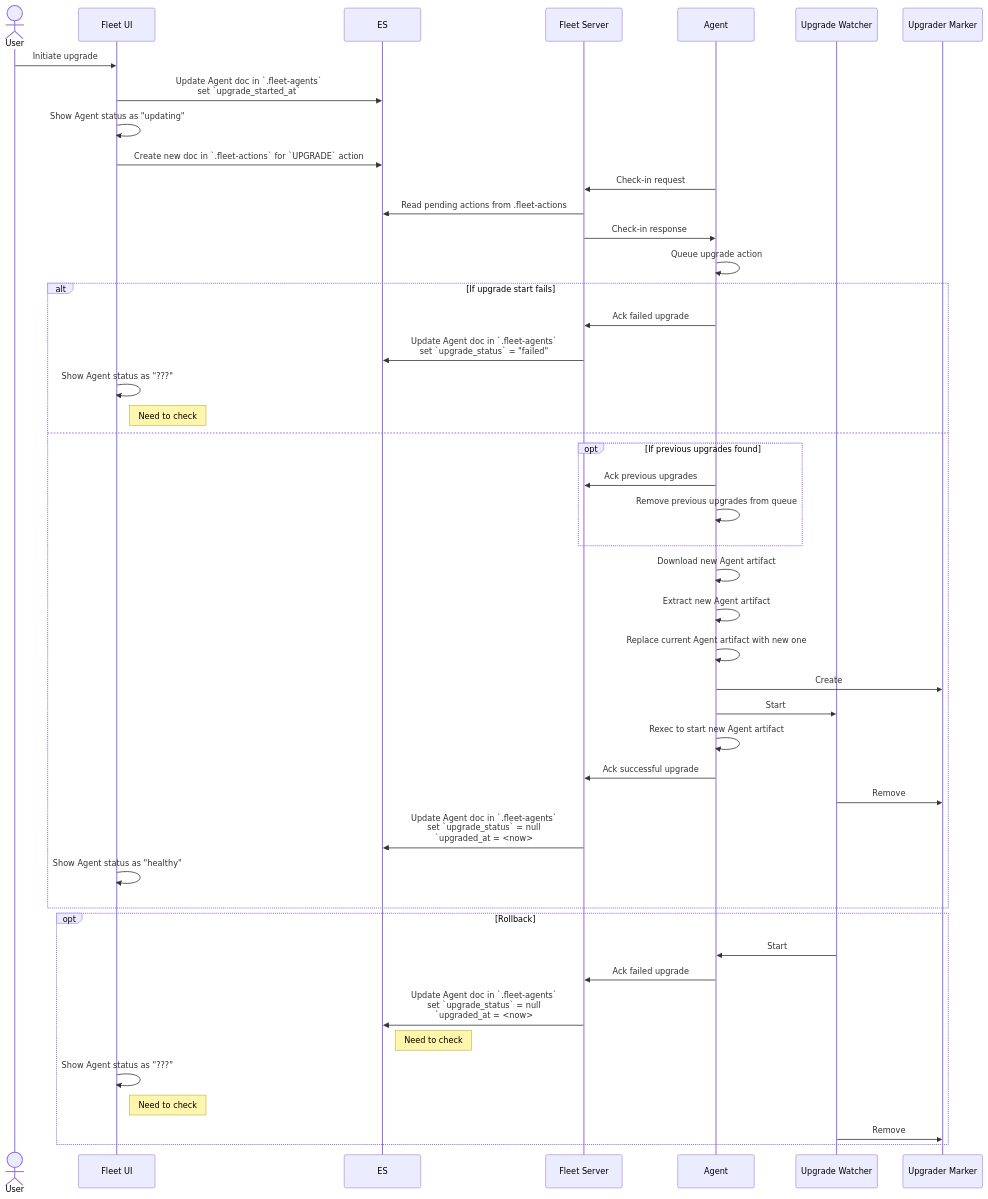
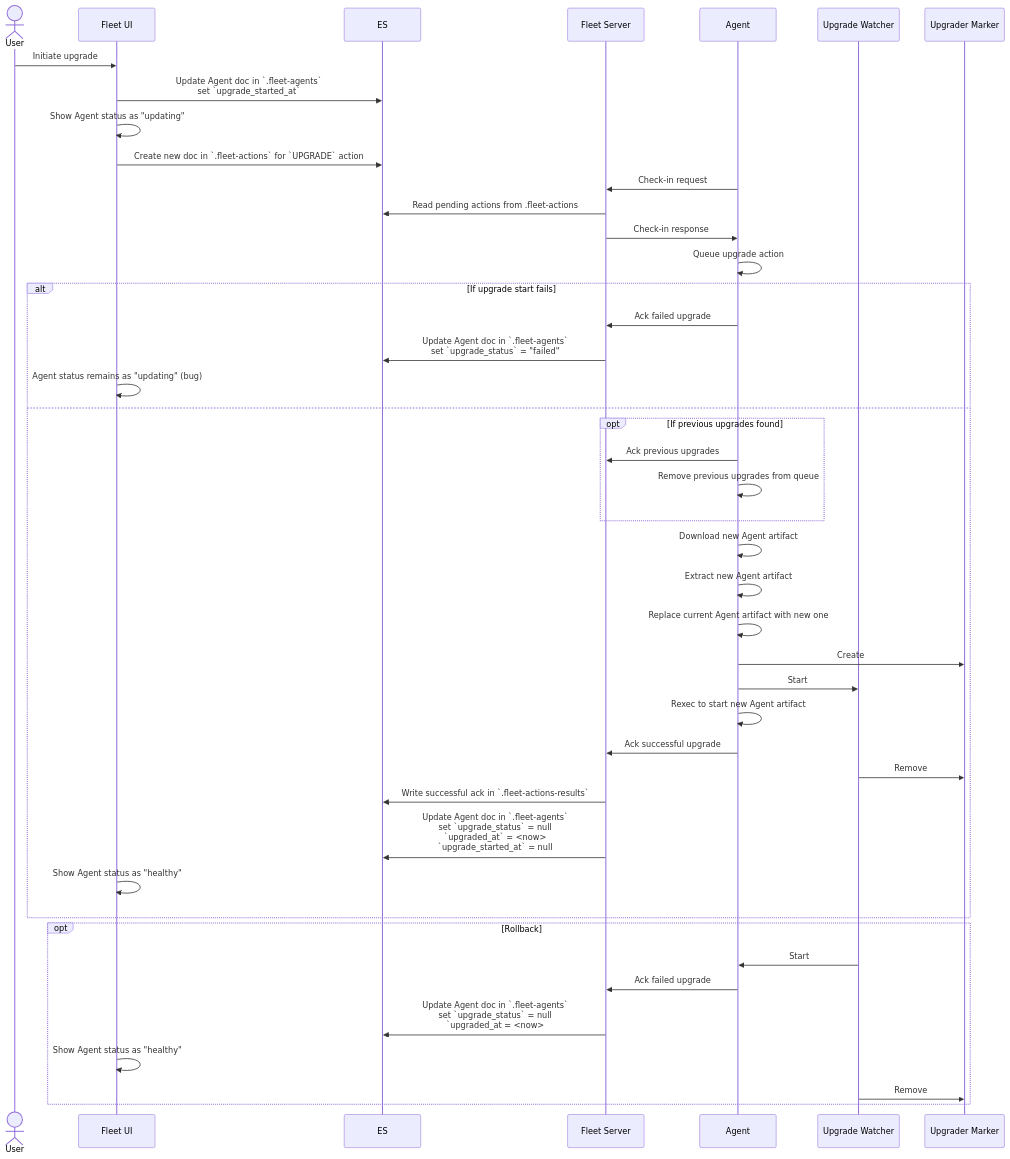
The diagram in docs/upgrades.md (elastic/elastic-agent), drawn with Mermaid before and after one commit.

Commit message:
Resolve TODOs

````diff
--- a/docs/upgrades.md
+++ b/docs/upgrades.md
@@ -10,49 +10,47 @@
 ```mermaid
 sequenceDiagram
     actor U as User
     participant UI as Fleet UI
     participant ES
     participant FS as Fleet Server
     participant A as Agent
     participant UW as Upgrade Watcher
     participant UM as Upgrader Marker
 
     U->>UI: Initiate upgrade
     UI->>ES: Update Agent doc in `.fleet-agents`<br />set `upgrade_started_at`
     UI->>UI: Show Agent status as "updating"
     UI->>ES: Create new doc in `.fleet-actions` for `UPGRADE` action
     A->>FS: Check-in request
     FS->>ES: Read pending actions from .fleet-actions
     FS->>A: Check-in response
     A->>A: Queue upgrade action
     alt If upgrade start fails
        A->>FS: Ack failed upgrade
        FS->>ES: Update Agent doc in `.fleet-agents`<br />set `upgrade_status` = "failed"
-       UI->>UI: Show Agent status as "???"
-       Note right of UI: Need to check
+       UI->>UI: Agent status remains as "updating" (bug)
     else
        opt If previous upgrades found
           A->>FS: Ack previous upgrades
           A->>A: Remove previous upgrades from queue
        end
        A->>A: Download new Agent artifact
        A->>A: Extract new Agent artifact
        A->>A: Replace current Agent artifact with new one
        A->>UM: Create
        A->>UW: Start
        A->>A: Rexec to start new Agent artifact
        A->>FS: Ack successful upgrade
        UW->>UM: Remove
-       FS->>ES: Update Agent doc in `.fleet-agents`<br />set `upgrade_status` = null<br />`upgraded_at = <now>
+       FS->>ES: Write successful ack in `.fleet-actions-results`
+       FS->>ES: Update Agent doc in `.fleet-agents`<br />set `upgrade_status` = null<br />`upgraded_at` = <now><br />`upgrade_started_at` = null
        UI->>UI: Show Agent status as "healthy"
    end
    opt Rollback
        UW->>A: Start
        A->>FS: Ack failed upgrade
        FS->>ES: Update Agent doc in `.fleet-agents`<br />set `upgrade_status` = null<br />`upgraded_at = <now>
-       Note right of ES: Need to check
-       UI->>UI: Show Agent status as "???"
-       Note right of UI: Need to check
+       UI->>UI: Show Agent status as "healthy"
        UW->>UM: Remove
    end
 ```
````
